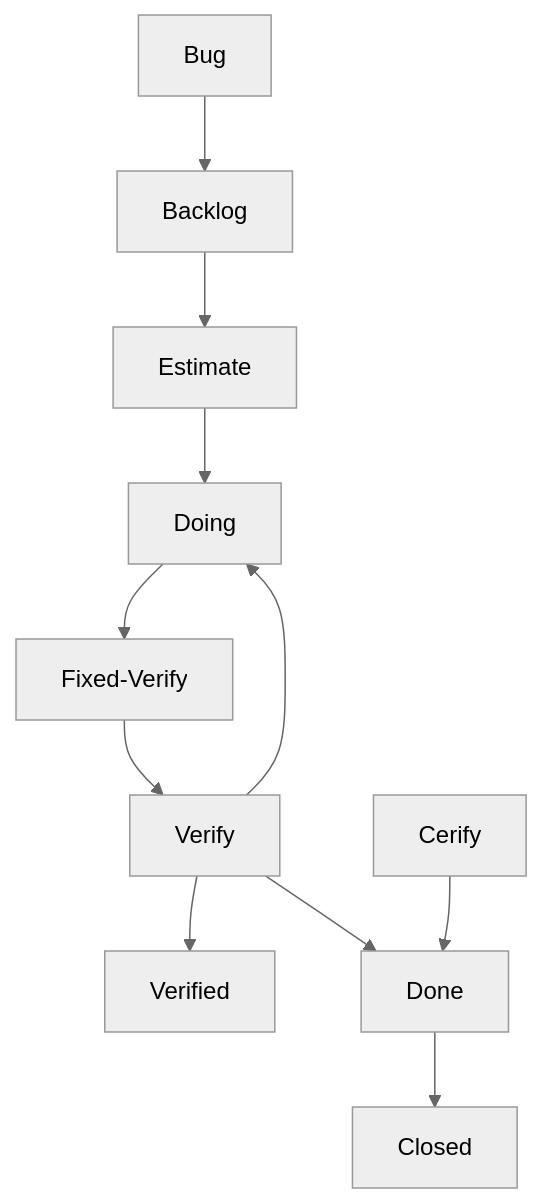
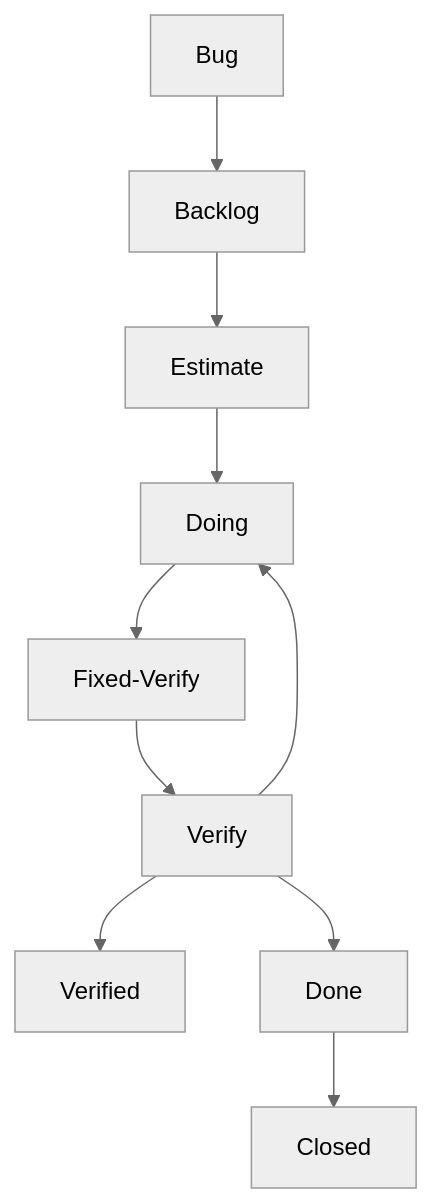
One commit to Betaoptics/ttos0100---2019-implementation changed the second of 3 diagrams in .gitlab/labels-and-definitions.md. Above: the diagram before and after it, drawn with Mermaid (neutral theme). The commit also changed other lines of this file, not shown here.

````diff
--- a/.gitlab/labels-and-definitions.md
+++ b/.gitlab/labels-and-definitions.md
@@ -76,13 +76,12 @@
 ```mermaid
 graph TD;
     Bug-->Backlog;
     Backlog-->Estimate;
     Estimate-->Doing;
     Doing-->Fixed-Verify;
     Verify-->Verified;
     Fixed-Verify-->Verify;
     Verify-->Doing;
     Verify-->Done;
-    Cerify-->Done;
     Done-->Closed;
 ```
````
